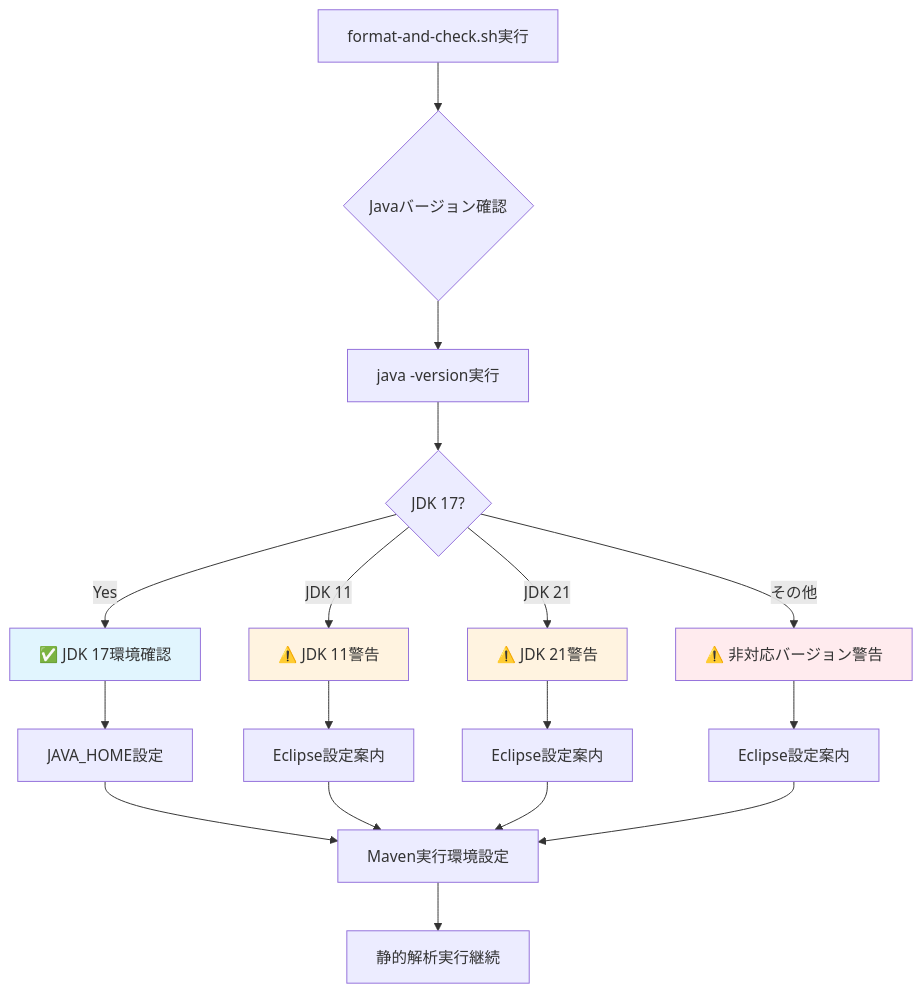
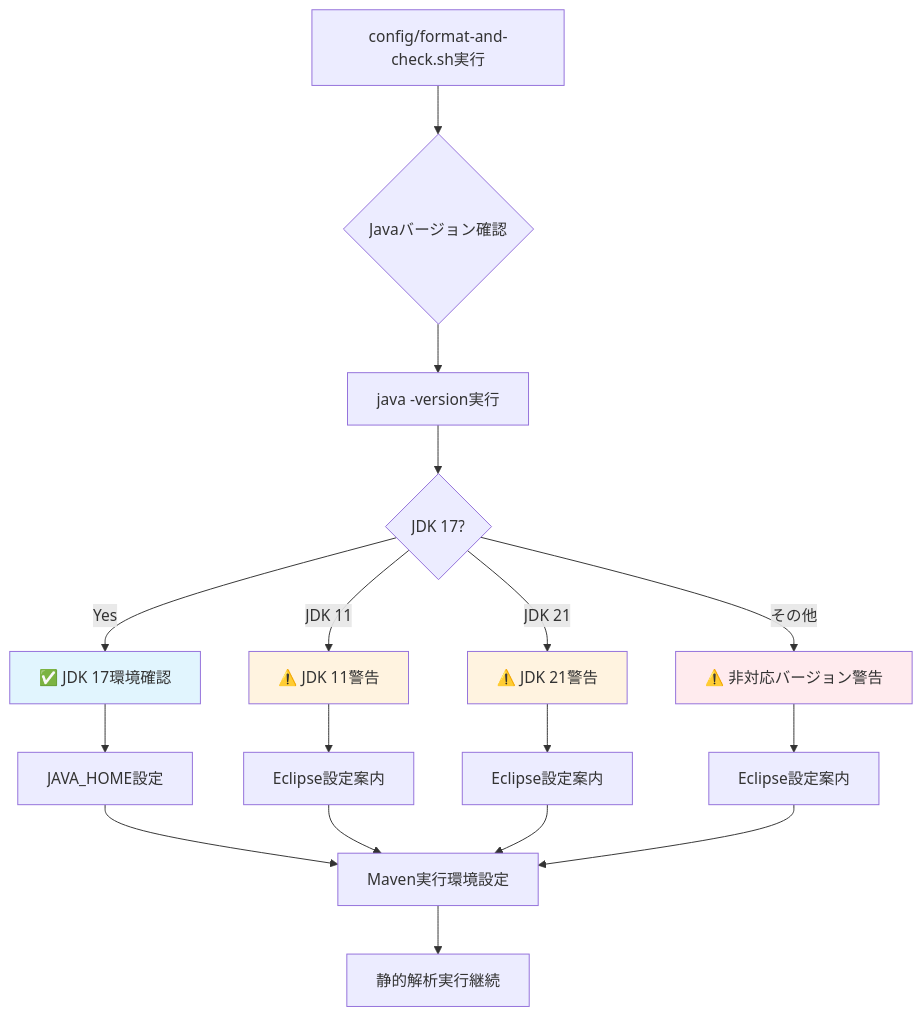
One commit to digital-ojt/development-webCourse-DroneInventorySystem changed the third of 13 diagrams in scripts/STATIC_ANALYSIS_SEQUENCE_DIAGRAM.md. Above: the diagram before and after it, drawn with Mermaid. The commit also changed other lines of this file and 20 other files, not shown here.

````diff
--- a/scripts/STATIC_ANALYSIS_SEQUENCE_DIAGRAM.md
+++ b/scripts/STATIC_ANALYSIS_SEQUENCE_DIAGRAM.md
@@ -145,28 +145,28 @@
 ```mermaid
 flowchart TD
-    A[format-and-check.sh実行] --> B{Javaバージョン確認}
+    A[config/format-and-check.sh実行] --> B{Javaバージョン確認}
     B --> C[java -version実行]
     C --> D{JDK 17?}
     
     D -->|Yes| E[✅ JDK 17環境確認]
     D -->|JDK 11| F[⚠️ JDK 11警告]
     D -->|JDK 21| G[⚠️ JDK 21警告]
     D -->|その他| H[⚠️ 非対応バージョン警告]
     
     E --> I[JAVA_HOME設定]
     F --> J[Eclipse設定案内]
     G --> K[Eclipse設定案内]
     H --> L[Eclipse設定案内]
     
     I --> M[Maven実行環境設定]
     J --> M
     K --> M
     L --> M
     
     M --> N[静的解析実行継続]
     
     style E fill:#e1f5fe
     style F fill:#fff3e0
     style G fill:#fff3e0
     style H fill:#ffebee
 ```
````
